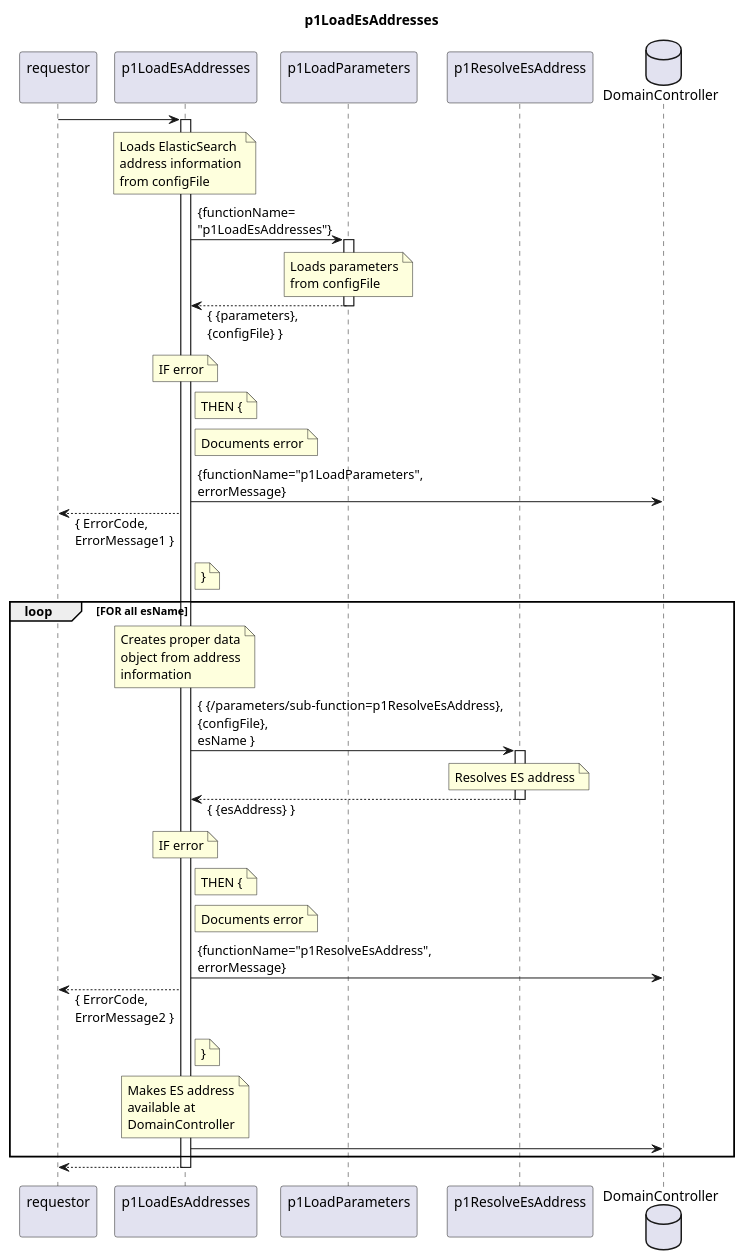
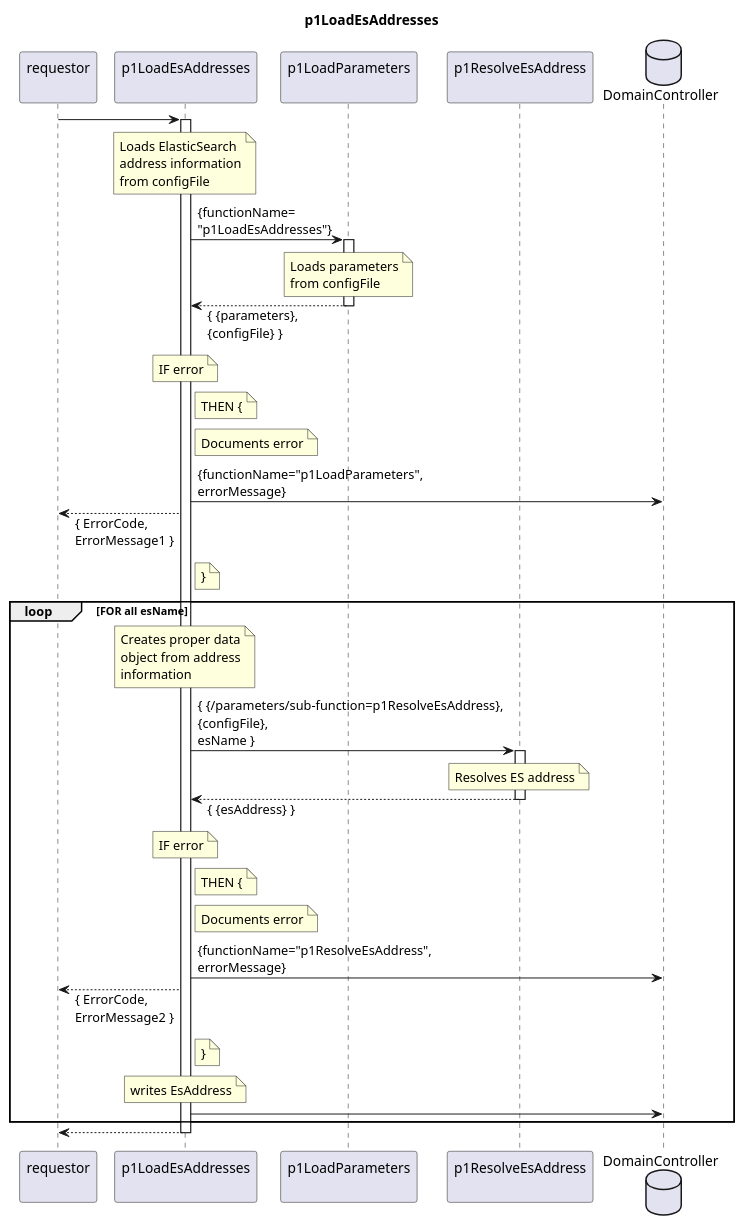
The diagram in spec/Functions/Administrative/p1LoadEsAddresses/1.0.0/p1LoadEsAddresses.plantuml (openBackhaul/FirmWareManager), drawn with PlantUML before and after one commit. The commit also changed 15 other files, not shown here.

```diff
--- a/spec/Functions/Administrative/p1LoadEsAddresses/1.0.0/p1LoadEsAddresses.plantuml
+++ b/spec/Functions/Administrative/p1LoadEsAddresses/1.0.0/p1LoadEsAddresses.plantuml
@@ -1,82 +1,80 @@
 @startuml p1LoadEsAddresses
 skinparam responseMessageBelowArrow true
 
 title
   p1LoadEsAddresses
 end title
 
 participant "requestor\n" as requestor
 participant "p1LoadEsAddresses\n" as p1LEA
 participant "p1LoadParameters\n" as p1LP
 participant "p1ResolveEsAddress\n" as p1REA
 database "DomainController" as DC
 
 requestor -> p1LEA
 activate p1LEA
   note over p1LEA
     Loads ElasticSearch
     address information
     from configFile
   end note
   p1LEA -> p1LP: {functionName=\n"p1LoadEsAddresses"}
   activate p1LP
     note over p1LP
       Loads parameters
       from configFile
     end note
   p1LEA <-- p1LP: { {parameters},\n{configFile} }
   deactivate p1LP
   note over p1LEA
     IF error
   end note
   note right p1LEA
     THEN {
   end note
   note right p1LEA
     Documents error
   end note
   p1LEA -> DC: {functionName="p1LoadParameters",\nerrorMessage}
   requestor <-- p1LEA: { ErrorCode,\nErrorMessage1 }
   note right p1LEA
     }
   end note
 
   loop FOR all esName
     note over p1LEA
       Creates proper data
       object from address
       information
     end note
     p1LEA -> p1REA: { {/parameters/sub-function=p1ResolveEsAddress},\n{configFile},\nesName }
     activate p1REA
       note over p1REA
         Resolves ES address
       end note
     p1LEA <-- p1REA: { {esAddress} }
     deactivate p1REA
     note over p1LEA
       IF error
     end note
     note right p1LEA
       THEN {
     end note
     note right p1LEA
       Documents error
     end note
     p1LEA -> DC: {functionName="p1ResolveEsAddress",\nerrorMessage}
     requestor <-- p1LEA: { ErrorCode,\nErrorMessage2 }
     note right p1LEA
       }
     end note
 
     note over p1LEA
-      Makes ES address
-      available at
-      DomainController
+      writes EsAddress
     end note
     p1LEA -> DC
   end loop
 requestor <-- p1LEA
 deactivate p1LEA
 
 @enduml
```
